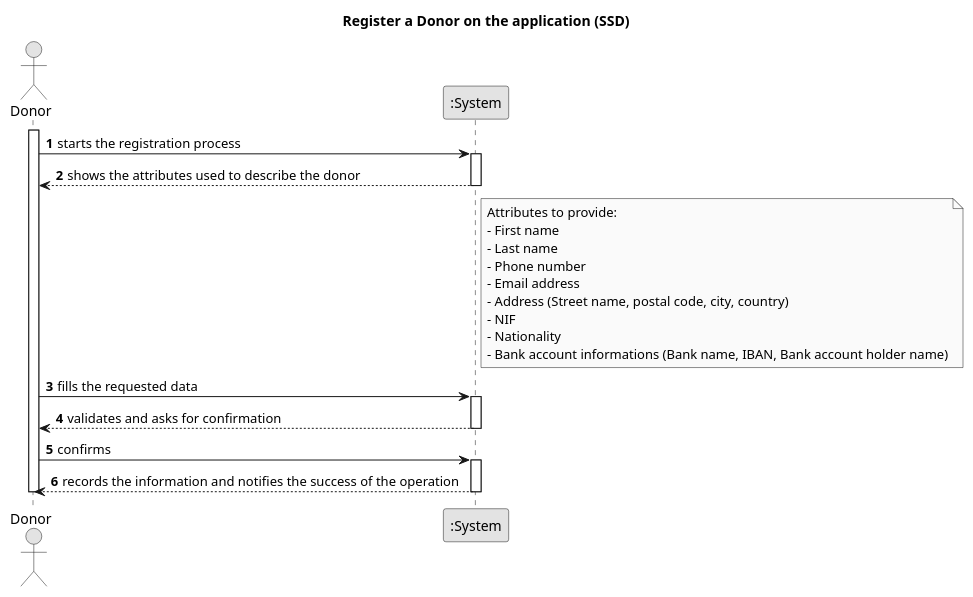
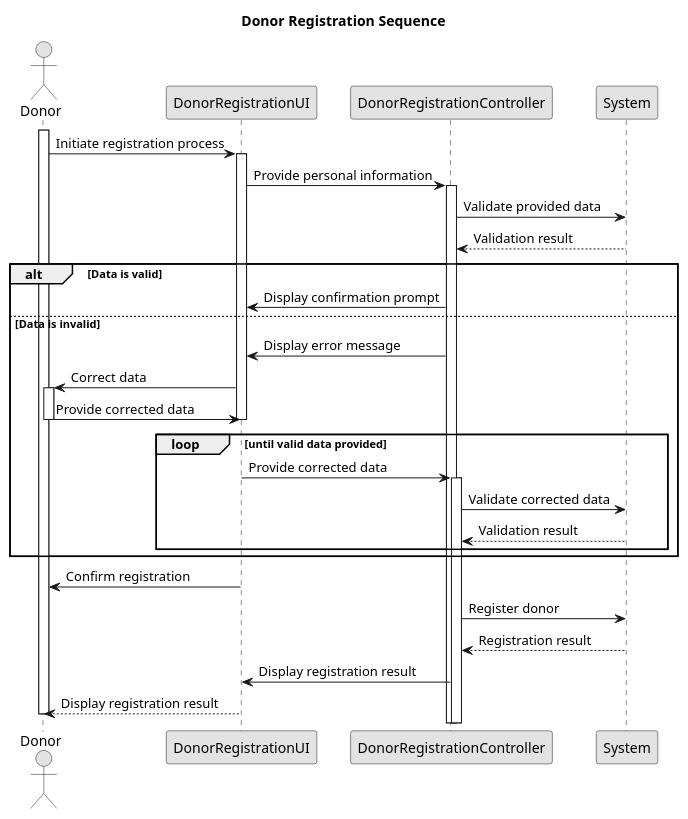
Before and after one commit to Chirano/GladlyGiven: the diagram in javaSprint2GladlyGiven/Docs/UseCases/uc03/us03-SSD.puml, drawn with PlantUML. The commit also changed 15 other files, not shown here.

```diff
--- a/javaSprint2GladlyGiven/Docs/UseCases/uc03/us03-SSD.puml
+++ b/javaSprint2GladlyGiven/Docs/UseCases/uc03/us03-SSD.puml
@@ -1,42 +1,42 @@
 @startuml
-'https://plantuml.com/sequence-diagram
-
 skinparam monochrome true
-skinparam packageStyle rectangle
 skinparam shadowing false
 
-title Register a Donor on the application (SSD)
-
-autonumber
+title Donor Registration Sequence
 
 actor Donor
-participant ":System" as System
+participant "DonorRegistrationUI" as UI
+participant "DonorRegistrationController" as Controller
+participant "System" as System
 
 activate Donor
-    Donor -> System : starts the registration process
-    activate System
-        System --> Donor : shows the attributes used to describe the donor
-        note right of System
-                                     Attributes to provide:
-                                     - First name
-                                     - Last name
-                                     - Phone number
-                                     - Email address
-                                     - Address (Street name, postal code, city, country)
-                                     - NIF
-                                     - Nationality
-                                     - Bank account informations (Bank name, IBAN, Bank account holder name)
-        end note
-    deactivate System
-
-    Donor -> System : fills the requested data
-    activate System
-        System --> Donor : validates and asks for confirmation
-    deactivate System
-
-    Donor -> System : confirms
-    activate System
-        System --> Donor : records the information and notifies the success of the operation
-    deactivate System
+Donor -> UI: Initiate registration process
+activate UI
+UI -> Controller: Provide personal information
+activate Controller
+Controller -> System: Validate provided data
+System --> Controller: Validation result
+alt Data is valid
+    Controller -> UI: Display confirmation prompt
+else Data is invalid
+    Controller -> UI: Display error message
+    UI -> Donor: Correct data
+    activate Donor
+    Donor -> UI: Provide corrected data
+    deactivate Donor
+    deactivate UI
+    loop until valid data provided
+        UI -> Controller: Provide corrected data
+        activate Controller
+        Controller -> System: Validate corrected data
+        System --> Controller: Validation result
+    end
+end
+UI -> Donor: Confirm registration
+Controller -> System: Register donor
+System --> Controller: Registration result
+Controller -> UI: Display registration result
+UI --> Donor: Display registration result
+deactivate UI
 deactivate Donor
 @enduml
```
